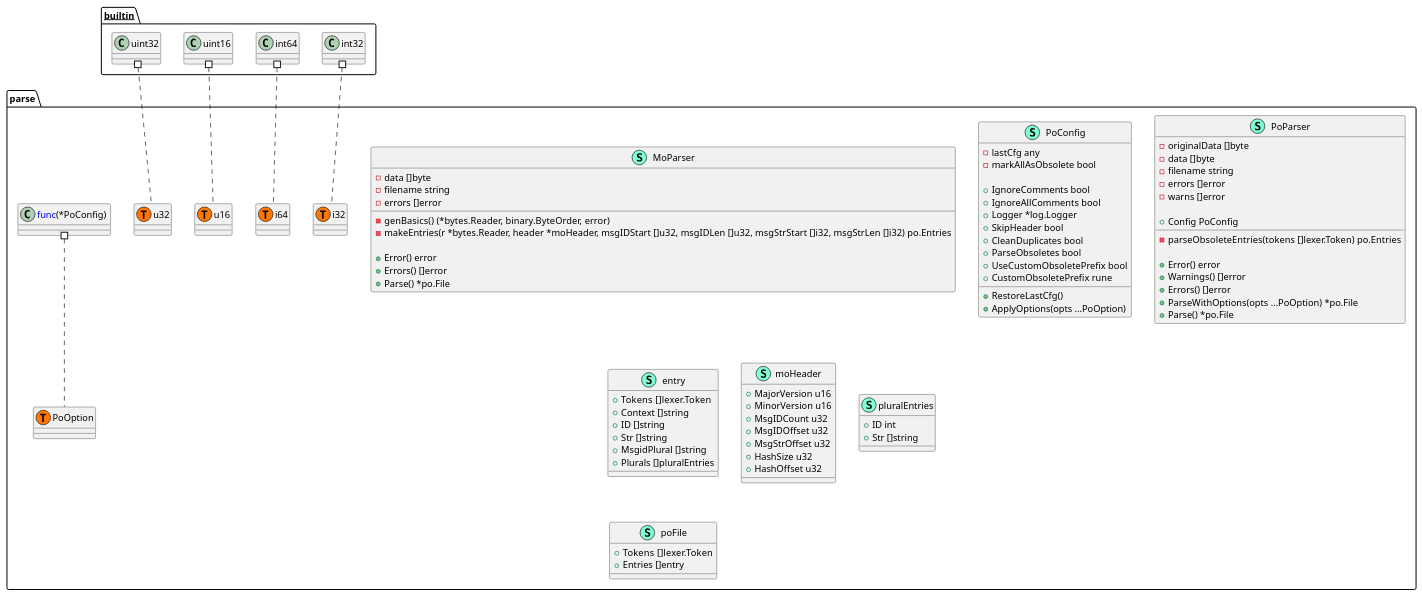
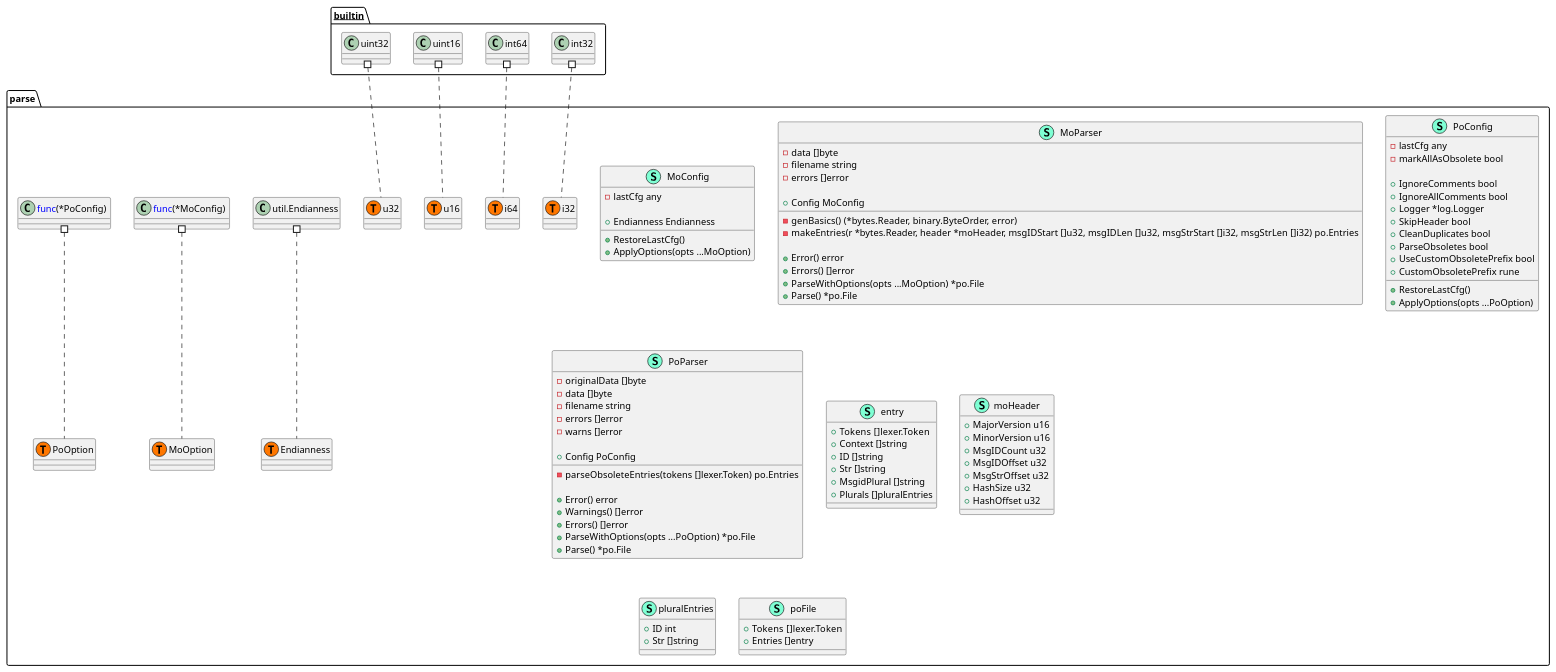
One commit to Tom5521/gotext-tools changed the diagram in pkg/po/parse/structure.puml. Above: the diagram before and after it, drawn with PlantUML. The commit also changed 6 other files, not shown here.

```diff
--- a/pkg/po/parse/structure.puml
+++ b/pkg/po/parse/structure.puml
@@ -1,98 +1,119 @@
 @startuml
 namespace parse {
+    class MoConfig << (S,Aquamarine) >> {
+        - lastCfg any
+
+        + Endianness Endianness
+
+        + RestoreLastCfg() 
+        + ApplyOptions(opts ...MoOption) 
+
+    }
     class MoParser << (S,Aquamarine) >> {
         - data []byte
         - filename string
         - errors []error
+
+        + Config MoConfig
 
         - genBasics() (*bytes.Reader, binary.ByteOrder, error)
         - makeEntries(r *bytes.Reader, header *moHeader, msgIDStart []u32, msgIDLen []u32, msgStrStart []i32, msgStrLen []i32) po.Entries
 
         + Error() error
         + Errors() []error
+        + ParseWithOptions(opts ...MoOption) *po.File
         + Parse() *po.File
 
     }
     class PoConfig << (S,Aquamarine) >> {
         - lastCfg any
         - markAllAsObsolete bool
 
         + IgnoreComments bool
         + IgnoreAllComments bool
         + Logger *log.Logger
         + SkipHeader bool
         + CleanDuplicates bool
         + ParseObsoletes bool
         + UseCustomObsoletePrefix bool
         + CustomObsoletePrefix rune
 
         + RestoreLastCfg() 
         + ApplyOptions(opts ...PoOption) 
 
     }
     class PoParser << (S,Aquamarine) >> {
         - originalData []byte
         - data []byte
         - filename string
         - errors []error
         - warns []error
 
         + Config PoConfig
 
         - parseObsoleteEntries(tokens []lexer.Token) po.Entries
 
         + Error() error
         + Warnings() []error
         + Errors() []error
         + ParseWithOptions(opts ...PoOption) *po.File
         + Parse() *po.File
 
     }
     class entry << (S,Aquamarine) >> {
         + Tokens []lexer.Token
         + Context []string
         + ID []string
         + Str []string
         + MsgidPlural []string
         + Plurals []pluralEntries
 
     }
     class moHeader << (S,Aquamarine) >> {
         + MajorVersion u16
         + MinorVersion u16
         + MsgIDCount u32
         + MsgIDOffset u32
         + MsgStrOffset u32
         + HashSize u32
         + HashOffset u32
 
     }
+    class parse.Endianness << (T, #FF7700) >>  {
+    }
+    class parse.MoOption << (T, #FF7700) >>  {
+    }
     class parse.PoOption << (T, #FF7700) >>  {
     }
     class parse.i32 << (T, #FF7700) >>  {
     }
     class parse.i64 << (T, #FF7700) >>  {
     }
     class parse.u16 << (T, #FF7700) >>  {
     }
     class parse.u32 << (T, #FF7700) >>  {
     }
     class pluralEntries << (S,Aquamarine) >> {
         + ID int
         + Str []string
 
     }
     class poFile << (S,Aquamarine) >> {
         + Tokens []lexer.Token
         + Entries []entry
 
     }
+    class "util.Endianness" as utilEndianness {
+        'This class was created so that we can correctly have an alias pointing to this name. Since it contains dots that can break namespaces
+    }
 }
 
 
 "__builtin__.int32" #.. "parse.i32"
 "__builtin__.int64" #.. "parse.i64"
 "__builtin__.uint16" #.. "parse.u16"
 "__builtin__.uint32" #.. "parse.u32"
+"parse.<font color=blue>func</font>(*MoConfig) " #.. "parse.MoOption"
 "parse.<font color=blue>func</font>(*PoConfig) " #.. "parse.PoOption"
+"parse.utilEndianness" #.. "parse.Endianness"
 @enduml
```
